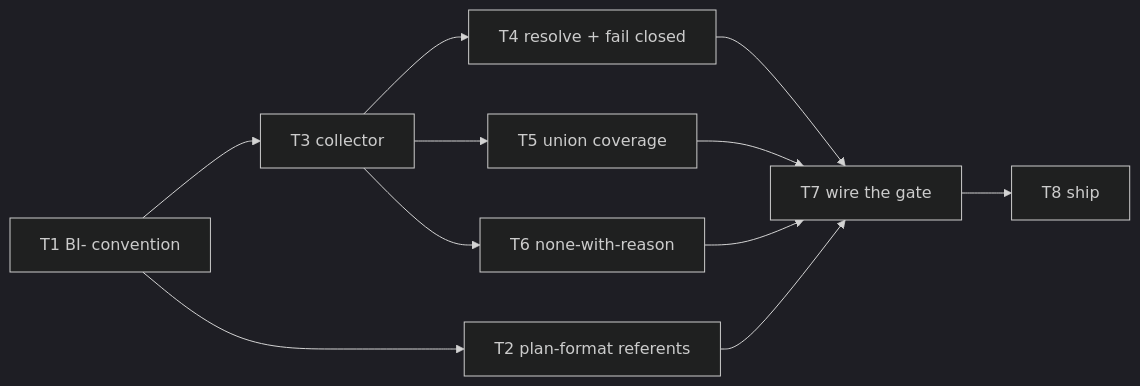
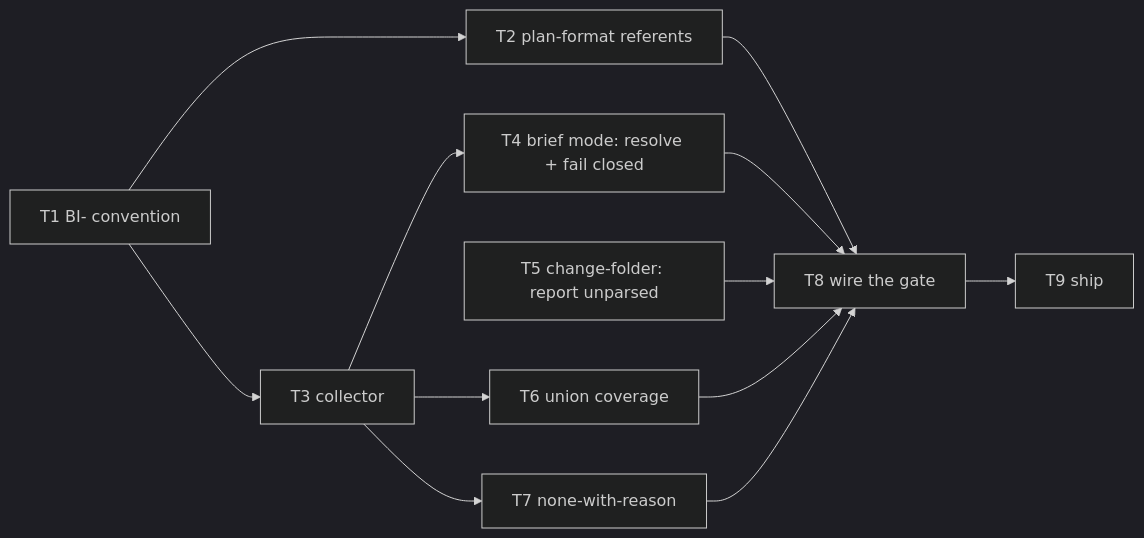
Before and after one commit to kouko/monkey-skills: the diagram in docs/loom/plans/2026-08-13-brief-item-addressability.md, drawn with Mermaid (dark theme). The commit also changed other lines of this file and 4 other files, not shown here.

````diff
--- a/docs/loom/plans/2026-08-13-brief-item-addressability.md
+++ b/docs/loom/plans/2026-08-13-brief-item-addressability.md
@@ -21,13 +21,14 @@
 ```mermaid
 flowchart LR
   T1[T1 BI- convention] --> T2[T2 plan-format referents]
   T1 --> T3[T3 collector]
-  T3 --> T4[T4 resolve + fail closed]
-  T3 --> T5[T5 union coverage]
-  T3 --> T6[T6 none-with-reason]
-  T4 --> T7[T7 wire the gate]
-  T5 --> T7
-  T6 --> T7
-  T2 --> T7
-  T7 --> T8[T8 ship]
+  T3 --> T4[T4 brief mode: resolve + fail closed]
+  T3 --> T6[T6 union coverage]
+  T3 --> T7[T7 none-with-reason]
+  T2 --> T8[T8 wire the gate]
+  T4 --> T8
+  T5[T5 change-folder: report unparsed] --> T8
+  T6 --> T8
+  T7 --> T8
+  T8 --> T9[T9 ship]
 ```
````
